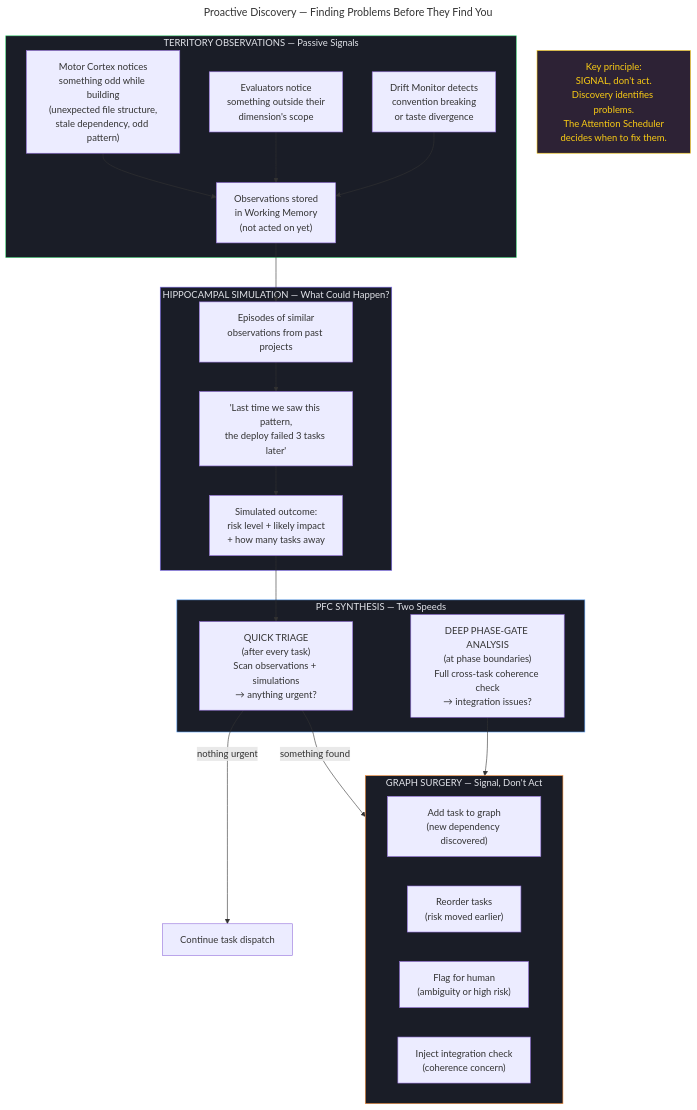
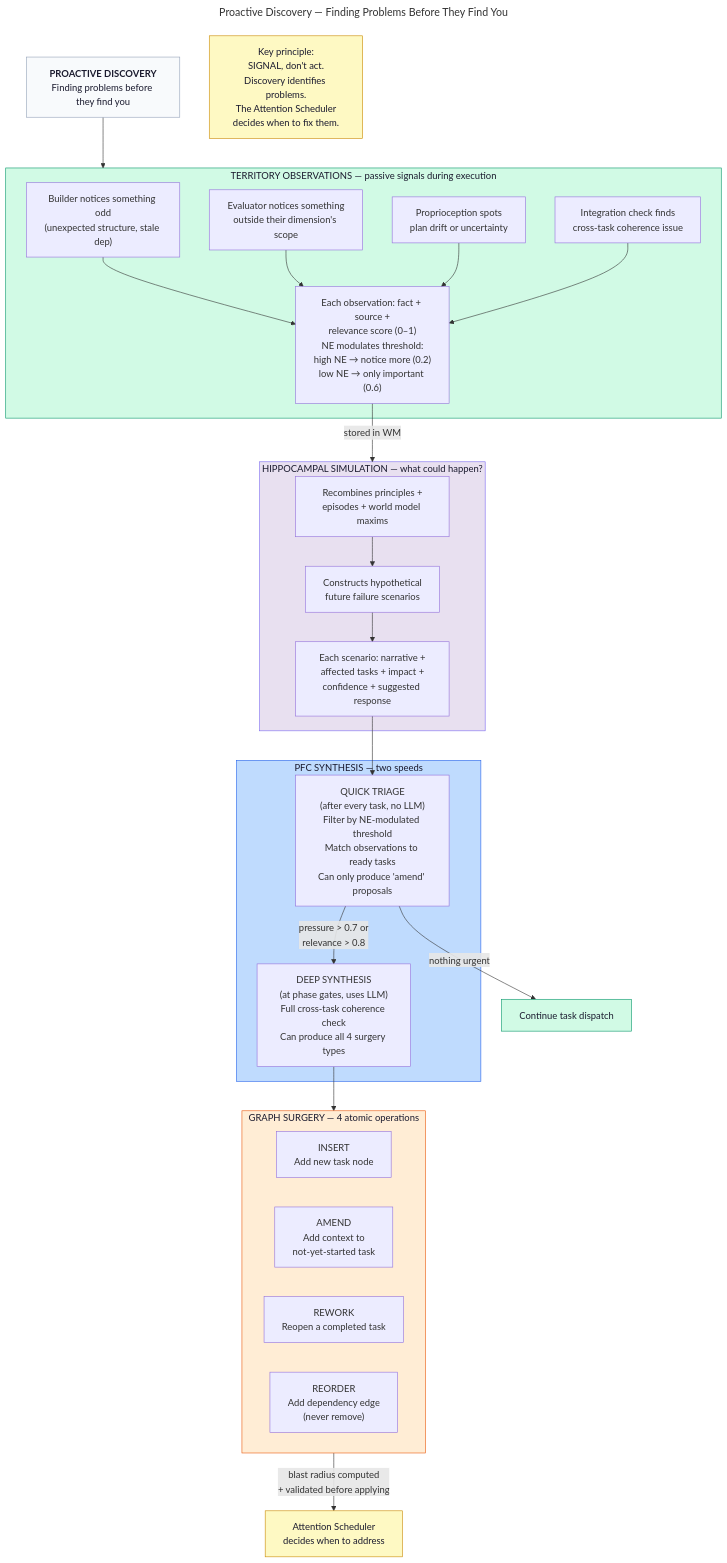
One commit to Joinery-dev/agent-cortex changed the diagram in diagrams/10-proactive-discovery.mmd. Above: the diagram before and after it, drawn with Mermaid. The commit also changed 8 other files, not shown here.

First line of the commit message:
Extract CollapseSignal/CollapseDetail into types/collapse.ts

```diff
--- a/diagrams/10-proactive-discovery.mmd
+++ b/diagrams/10-proactive-discovery.mmd
@@ -1,44 +1,58 @@
 ---
 title: "Proactive Discovery — Finding Problems Before They Find You"
 scope: global
 ---
 flowchart TD
-    subgraph OBSERVE["TERRITORY OBSERVATIONS — Passive Signals"]
-        O1["Motor Cortex notices<br/>something odd while building<br/>(unexpected file structure,<br/>stale dependency, odd pattern)"]
-        O2["Evaluators notice<br/>something outside their<br/>dimension's scope"]
-        O3["Drift Monitor detects<br/>convention breaking<br/>or taste divergence"]
-        O4["Observations stored<br/>in Working Memory<br/>(not acted on yet)"]
+    TITLE["<b>PROACTIVE DISCOVERY</b><br/>Finding problems before they find you"]
+    style TITLE fill:#f8fafc,stroke:#94a3b8,color:#1a1a2e
+
+    TITLE --> OBSERVE
+
+    subgraph OBSERVE["TERRITORY OBSERVATIONS — passive signals during execution"]
+        O1["Builder notices something odd<br/>(unexpected structure, stale dep)"]
+        O2["Evaluator notices something<br/>outside their dimension's scope"]
+        O3["Proprioception spots<br/>plan drift or uncertainty"]
+        O4["Integration check finds<br/>cross-task coherence issue"]
+        O5["Each observation: fact + source +<br/>relevance score (0–1)<br/>NE modulates threshold:<br/>high NE → notice more (0.2)<br/>low NE → only important (0.6)"]
     end
 
-    subgraph SIMULATE["HIPPOCAMPAL SIMULATION — What Could Happen?"]
-        S1["Episodes of similar<br/>observations from past projects"]
-        S2["'Last time we saw this pattern,<br/>the deploy failed 3 tasks later'"]
-        S3["Simulated outcome:<br/>risk level + likely impact<br/>+ how many tasks away"]
+    O1 & O2 & O3 & O4 --> O5
+    O5 -->|"stored in WM"| SIM
+
+    subgraph SIM["HIPPOCAMPAL SIMULATION — what could happen?"]
+        S1["Recombines principles +<br/>episodes + world model maxims"]
+        S2["Constructs hypothetical<br/>future failure scenarios"]
+        S3["Each scenario: narrative +<br/>affected tasks + impact +<br/>confidence + suggested response"]
     end
 
-    subgraph TRIAGE["PFC SYNTHESIS — Two Speeds"]
-        T1["QUICK TRIAGE<br/>(after every task)<br/>Scan observations + simulations<br/>→ anything urgent?"]
-        T2["DEEP PHASE-GATE ANALYSIS<br/>(at phase boundaries)<br/>Full cross-task coherence check<br/>→ integration issues?"]
+    S1 --> S2 --> S3
+
+    subgraph TRIAGE["PFC SYNTHESIS — two speeds"]
+        T1["QUICK TRIAGE<br/>(after every task, no LLM)<br/>Filter by NE-modulated threshold<br/>Match observations to ready tasks<br/>Can only produce 'amend' proposals"]
+        T2["DEEP SYNTHESIS<br/>(at phase gates, uses LLM)<br/>Full cross-task coherence check<br/>Can produce all 4 surgery types"]
     end
 
-    subgraph ACT["GRAPH SURGERY — Signal, Don't Act"]
-        A1["Add task to graph<br/>(new dependency discovered)"]
-        A2["Reorder tasks<br/>(risk moved earlier)"]
-        A3["Flag for human<br/>(ambiguity or high risk)"]
-        A4["Inject integration check<br/>(coherence concern)"]
+    S3 --> T1
+    T1 -->|"nothing urgent"| WAIT["Continue task dispatch"]
+    T1 -->|"pressure > 0.7 or<br/>relevance > 0.8"| T2
+
+    T2 --> ACT
+
+    subgraph ACT["GRAPH SURGERY — 4 atomic operations"]
+        A1["INSERT<br/>Add new task node"]
+        A2["AMEND<br/>Add context to<br/>not-yet-started task"]
+        A3["REWORK<br/>Reopen a completed task"]
+        A4["REORDER<br/>Add dependency edge<br/>(never remove)"]
     end
 
-    O1 & O2 & O3 --> O4
-    O4 --> S1 --> S2 --> S3
-    S3 --> T1
-    T1 -->|"nothing urgent"| WAIT["Continue task dispatch"]
-    T1 -->|"something found"| ACT
-    T2 --> ACT
+    ACT -->|"blast radius computed<br/>+ validated before applying"| DISPATCH["Attention Scheduler<br/>decides when to address"]
 
     NOTE["Key principle:<br/>SIGNAL, don't act.<br/>Discovery identifies problems.<br/>The Attention Scheduler<br/>decides when to fix them."]
 
-    style OBSERVE fill:#1a1d27,stroke:#4ade80,color:#e2e4ea
-    style SIMULATE fill:#1a1d27,stroke:#7c6af0,color:#e2e4ea
-    style TRIAGE fill:#1a1d27,stroke:#60a5fa,color:#e2e4ea
-    style ACT fill:#1a1d27,stroke:#fb923c,color:#e2e4ea
-    style NOTE fill:#2d2235,stroke:#facc15,color:#facc15
+    style OBSERVE fill:#d1fae5,stroke:#059669,color:#1a1a2e
+    style SIM fill:#e8e0f0,stroke:#7c6af0,color:#1a1a2e
+    style TRIAGE fill:#bfdbfe,stroke:#2563eb,color:#1a1a2e
+    style ACT fill:#ffedd5,stroke:#ea580c,color:#1a1a2e
+    style WAIT fill:#d1fae5,stroke:#059669,color:#1a1a2e
+    style DISPATCH fill:#fef9c3,stroke:#ca8a04,color:#1a1a2e
+    style NOTE fill:#fef9c3,stroke:#ca8a04,color:#1a1a2e
```
